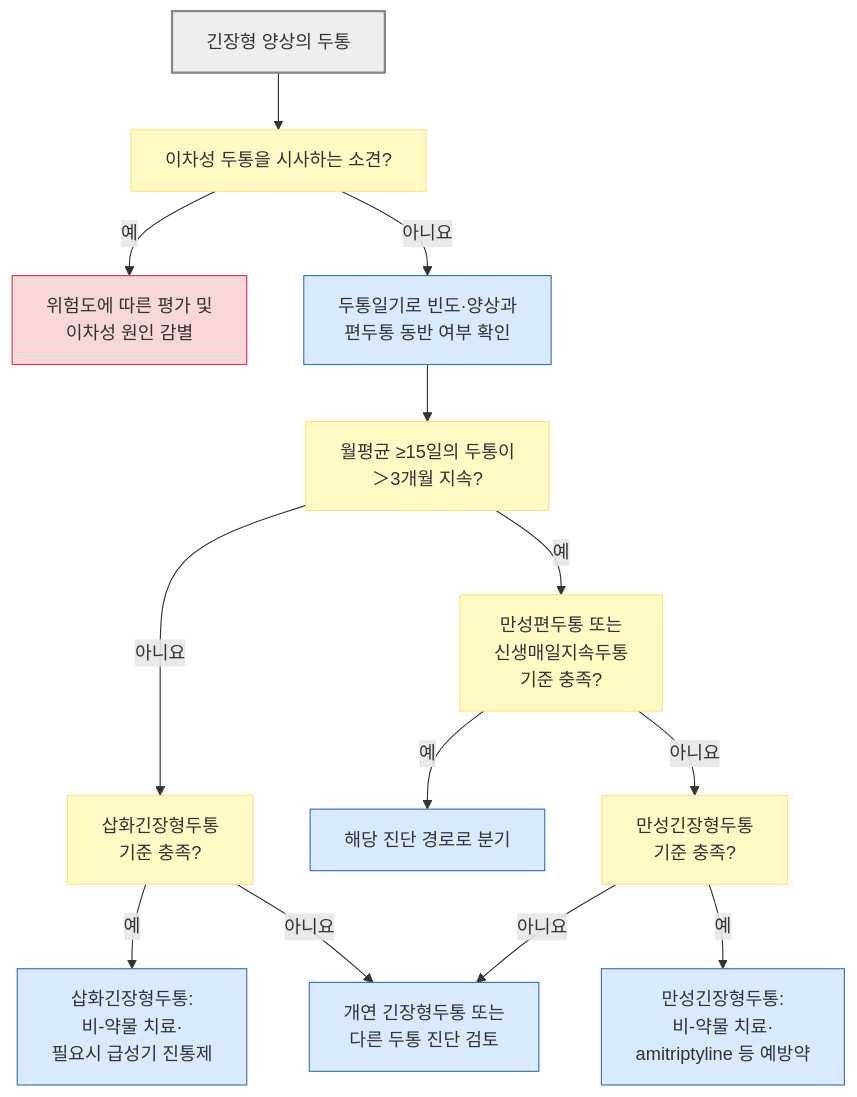
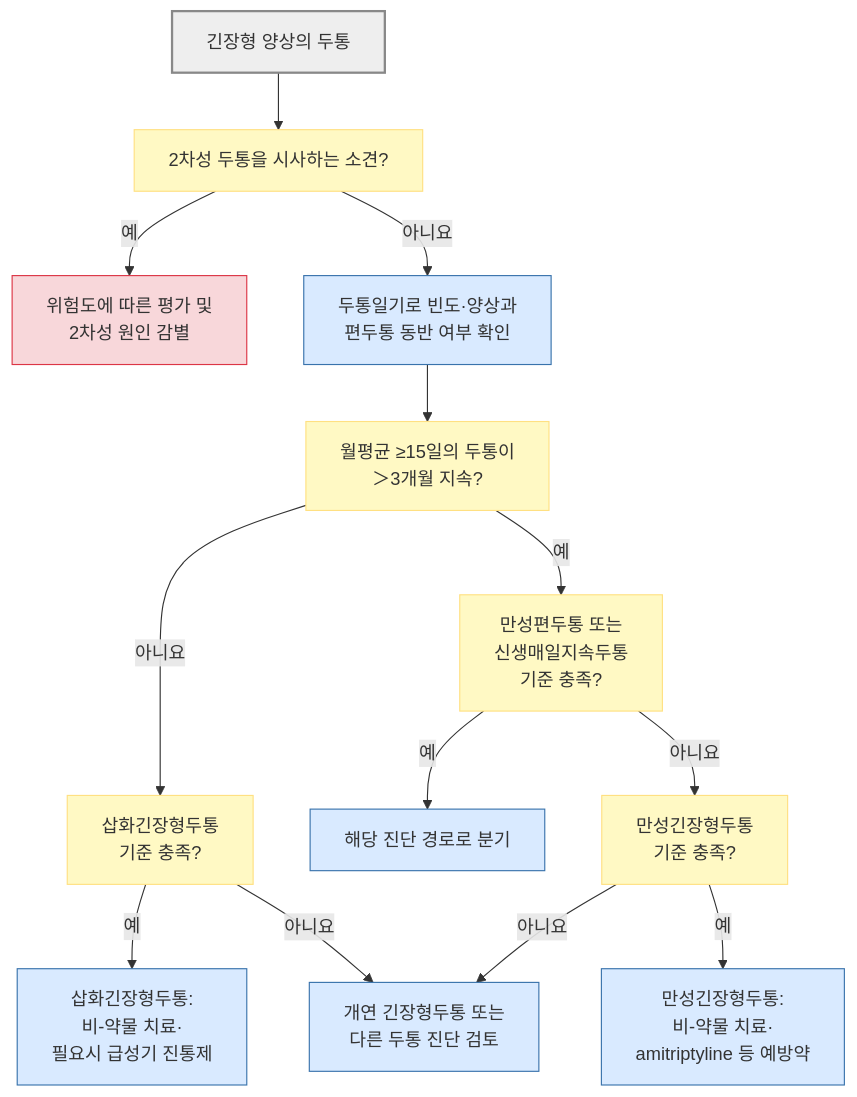
The diagram in 221_/017_-tension-type-headache.md (familyoh77/familyoh77), drawn with Mermaid before and after one commit. The commit also changed other lines of this file and 4 other files, not shown here.

````diff
--- a/221_/017_-tension-type-headache.md
+++ b/221_/017_-tension-type-headache.md
@@ -158,22 +158,22 @@
 ```mermaid
 flowchart TD
-    A["긴장형 양상의 두통"] --> B["이차성 두통을 시사하는 소견?"]
-    B -- "예" --> C["위험도에 따른 평가 및 <br/>이차성 원인 감별"]
+    A["긴장형 양상의 두통"] --> B["2차성 두통을 시사하는 소견?"]
+    B -- "예" --> C["위험도에 따른 평가 및 <br/>2차성 원인 감별"]
     B -- "아니요" --> D["두통일기로 빈도·양상과 <br/>편두통 동반 여부 확인"]
     D --> E["월평균 ≥15일의 두통이 <br/>＞3개월 지속?"]
     E -- "아니요" --> F["삽화긴장형두통 <br/>기준 충족?"]
     F -- "예" --> G["삽화긴장형두통: <br/>비-약물 치료·<br/>필요시 급성기 진통제"]
     F -- "아니요" --> L["개연 긴장형두통 또는 <br/>다른 두통 진단 검토"]
     E -- "예" --> H["만성편두통 또는 <br/>신생매일지속두통 <br/>기준 충족?"]
     H -- "예" --> I["해당 진단 경로로 분기"]
     H -- "아니요" --> J["만성긴장형두통 <br/>기준 충족?"]
     J -- "예" --> K["만성긴장형두통: <br/>비-약물 치료·<br/>amitriptyline 등 예방약"]
     J -- "아니요" --> L
     classDef question fill:#fff9c4,stroke:#ffe082
     classDef emergency fill:#f8d7da,stroke:#dc3545
     classDef care fill:#d9eaff,stroke:#3973ac
     class B,E,F,H,J question
     class C emergency
     class D,G,I,K,L care
     style A fill:#eeeeee,stroke:#888888,stroke-width:2px
 ```
````
